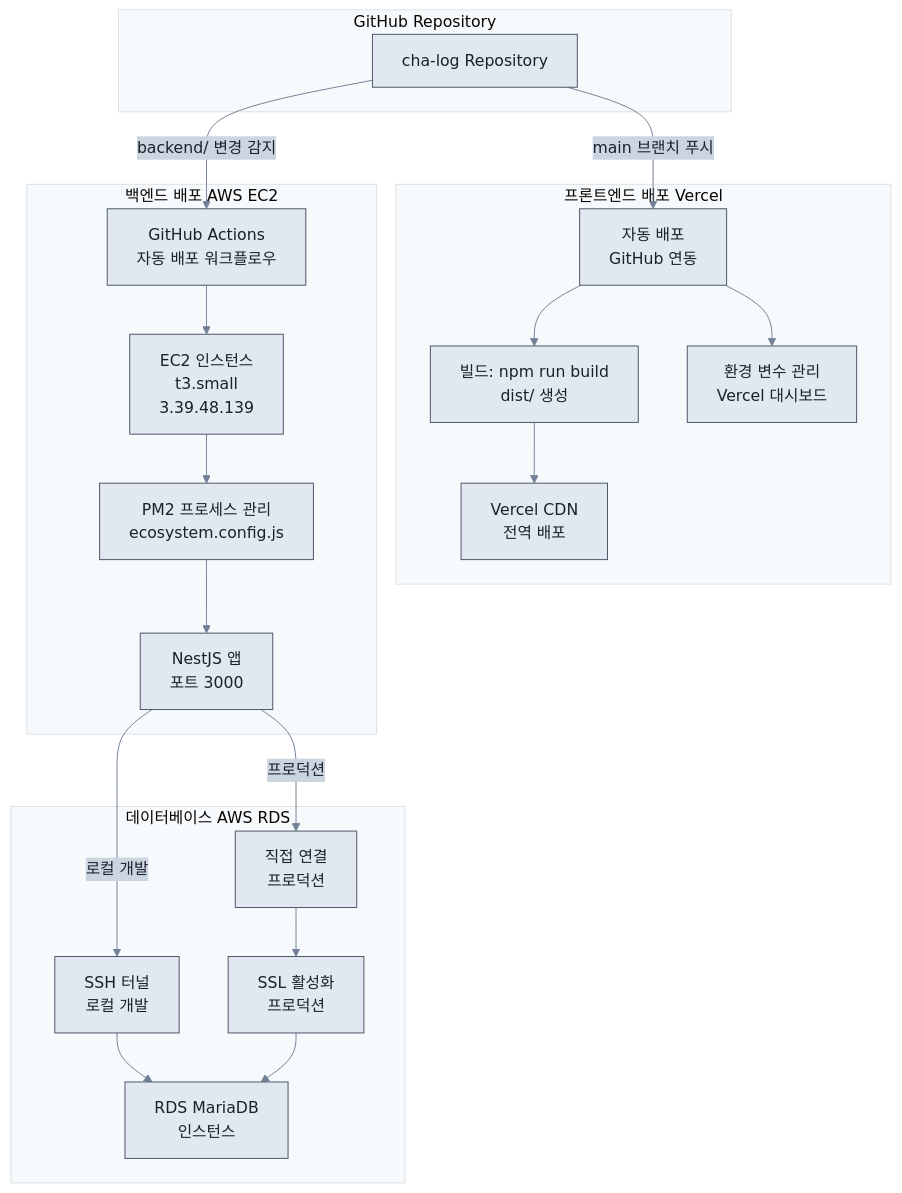
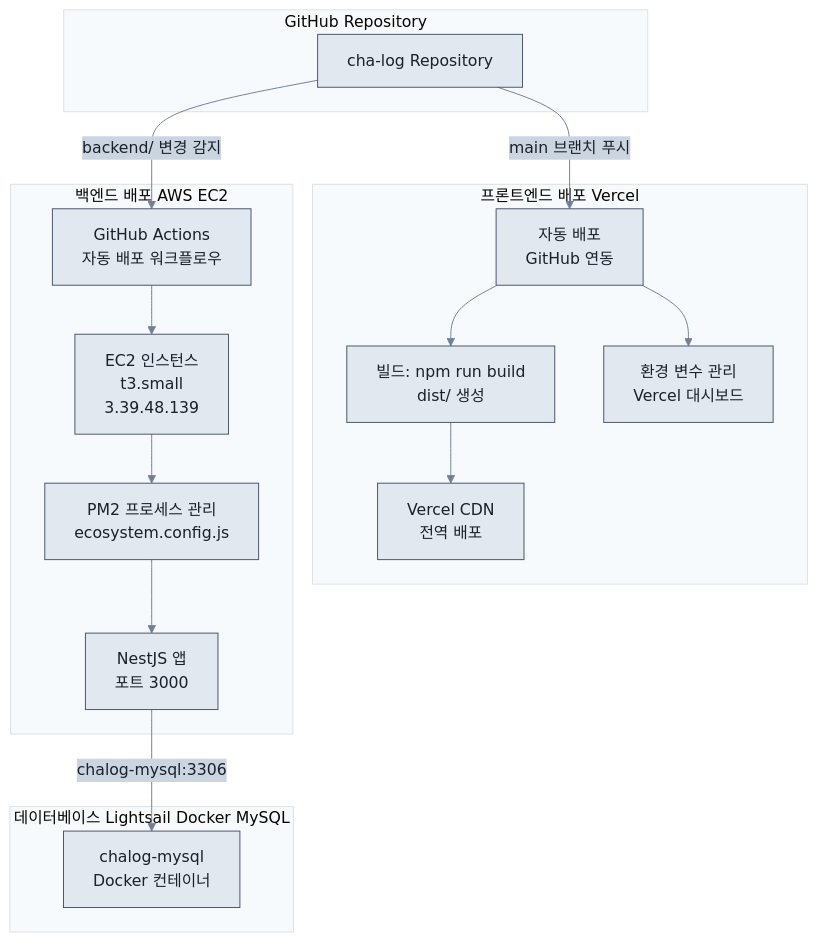
The tenth of 11 diagrams in docs/architecture/SERVER_ARCHITECTURE.md (FLYLIKEB/ChaLog), drawn with Mermaid before and after one commit. The commit also changed other lines of this file and 23 other files, not shown here.

First line of the commit message:
chore: Docker MySQL 로컬 DB 환경 설정 및 인프라 문서 업데이트

````diff
--- a/docs/architecture/SERVER_ARCHITECTURE.md
+++ b/docs/architecture/SERVER_ARCHITECTURE.md
@@ -337,46 +337,39 @@
 ```mermaid
 %%{init: {'theme':'base', 'themeVariables': { 'primaryColor':'#e2e8f0', 'primaryTextColor':'#1a202c', 'primaryBorderColor':'#4a5568', 'lineColor':'#718096', 'secondaryColor':'#cbd5e0', 'tertiaryColor':'#f7fafc'}}}%%
 flowchart TB
     subgraph GitHub["GitHub Repository"]
         Repo["cha-log Repository"]
     end
 
     subgraph FrontendDeploy["프론트엔드 배포 Vercel"]
         VercelBuild["빌드: npm run build<br/>dist/ 생성"]
         VercelDeploy["자동 배포<br/>GitHub 연동"]
         VercelEnv["환경 변수 관리<br/>Vercel 대시보드"]
         VercelCDN["Vercel CDN<br/>전역 배포"]
     end
 
     subgraph BackendDeploy["백엔드 배포 AWS EC2"]
         GitHubActions["GitHub Actions<br/>자동 배포 워크플로우"]
         EC2Instance["EC2 인스턴스<br/>t3.small<br/>3.39.48.139"]
         PM2["PM2 프로세스 관리<br/>ecosystem.config.js"]
         NestJSApp["NestJS 앱<br/>포트 3000"]
     end
 
-    subgraph DatabaseDeploy["데이터베이스 AWS RDS"]
-        RDSInstance["RDS MariaDB<br/>인스턴스"]
-        SSHTunnel["SSH 터널<br/>로컬 개발"]
-        DirectConnection["직접 연결<br/>프로덕션"]
-        SSL["SSL 활성화<br/>프로덕션"]
+    subgraph DatabaseDeploy["데이터베이스 Lightsail Docker MySQL"]
+        MySQLContainer["chalog-mysql<br/>Docker 컨테이너"]
     end
 
     Repo -->|main 브랜치 푸시| VercelDeploy
     Repo -->|backend/ 변경 감지| GitHubActions
     
     VercelDeploy --> VercelBuild
     VercelBuild --> VercelCDN
     VercelDeploy --> VercelEnv
     
     GitHubActions --> EC2Instance
     EC2Instance --> PM2
     PM2 --> NestJSApp
     
-    NestJSApp -->|로컬 개발| SSHTunnel
-    NestJSApp -->|프로덕션| DirectConnection
-    SSHTunnel --> RDSInstance
-    DirectConnection --> SSL
-    SSL --> RDSInstance
+    NestJSApp -->|chalog-mysql:3306| MySQLContainer
 
 ```
````
